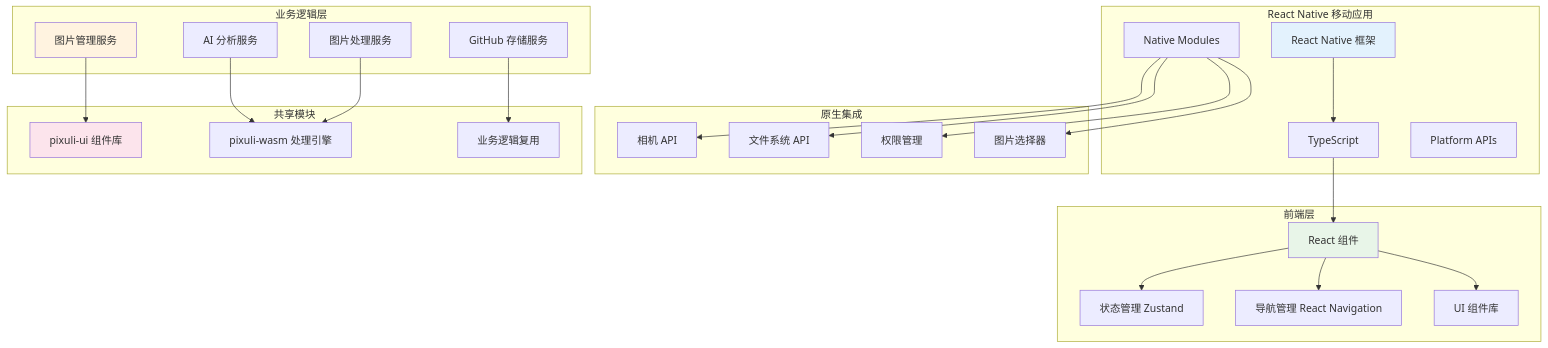
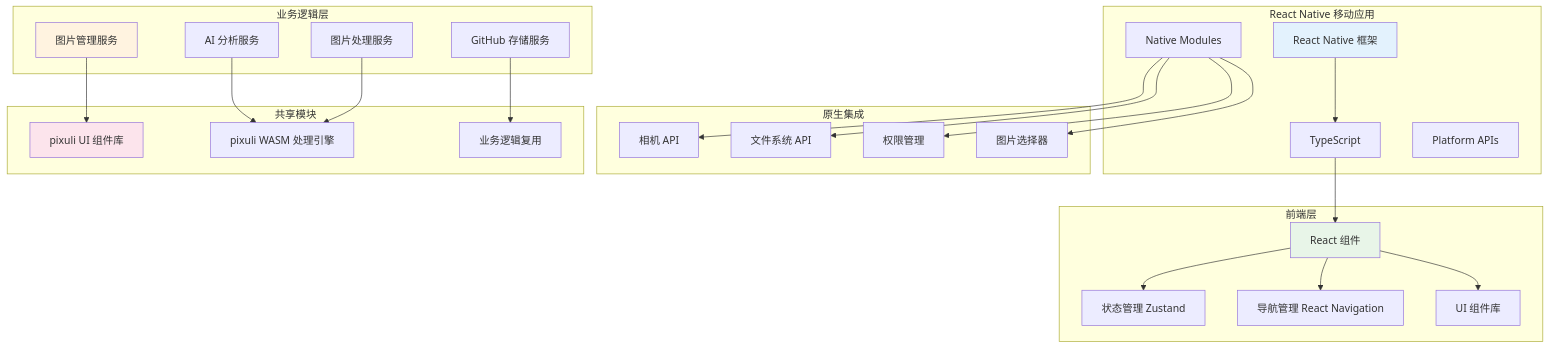
Before and after one commit to trueLoving/Pixuli: the diagram in apps/mobile/README.md, drawn with Mermaid. The commit also changed other lines of this file and 90 other files, not shown here.

````diff
--- a/apps/mobile/README.md
+++ b/apps/mobile/README.md
@@ -45,57 +46,57 @@
 ```mermaid
 graph TB
     subgraph "React Native 移动应用"
         A[React Native 框架]
         B[TypeScript]
         C[Native Modules]
         D[Platform APIs]
     end
 
     subgraph "前端层"
         E[React 组件]
         F[状态管理 Zustand]
         G[导航管理 React Navigation]
         H[UI 组件库]
     end
 
     subgraph "业务逻辑层"
         I[图片管理服务]
         J[AI 分析服务]
         K[图片处理服务]
         L[GitHub 存储服务]
     end
 
     subgraph "原生集成"
         M[相机 API]
         N[文件系统 API]
         O[权限管理]
         P[图片选择器]
     end
 
     subgraph "共享模块"
-        Q[pixuli-ui 组件库]
-        R[pixuli-wasm 处理引擎]
+        Q[pixuli UI 组件库]
+        R[pixuli WASM 处理引擎]
         S[业务逻辑复用]
     end
 
     A --> B
     B --> E
     E --> F
     E --> G
     E --> H
 
     I --> Q
     J --> R
     K --> R
     L --> S
 
     C --> M
     C --> N
     C --> O
     C --> P
 
     style A fill:#e3f2fd
     style E fill:#e8f5e8
     style I fill:#fff3e0
     style Q fill:#fce4ec
 ```
````
